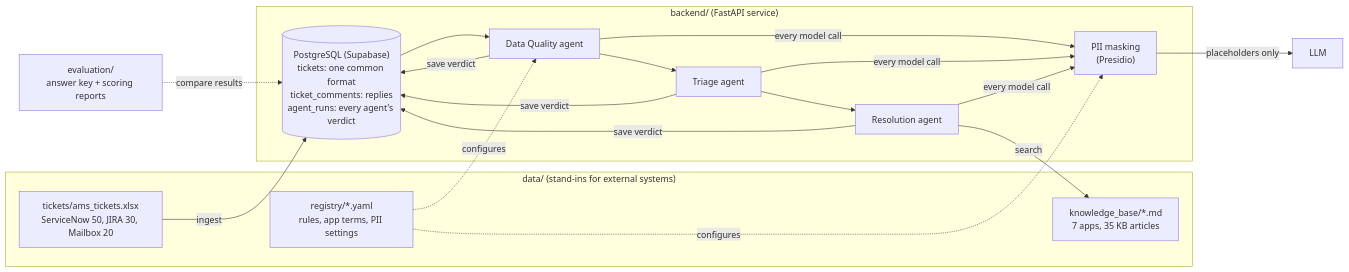
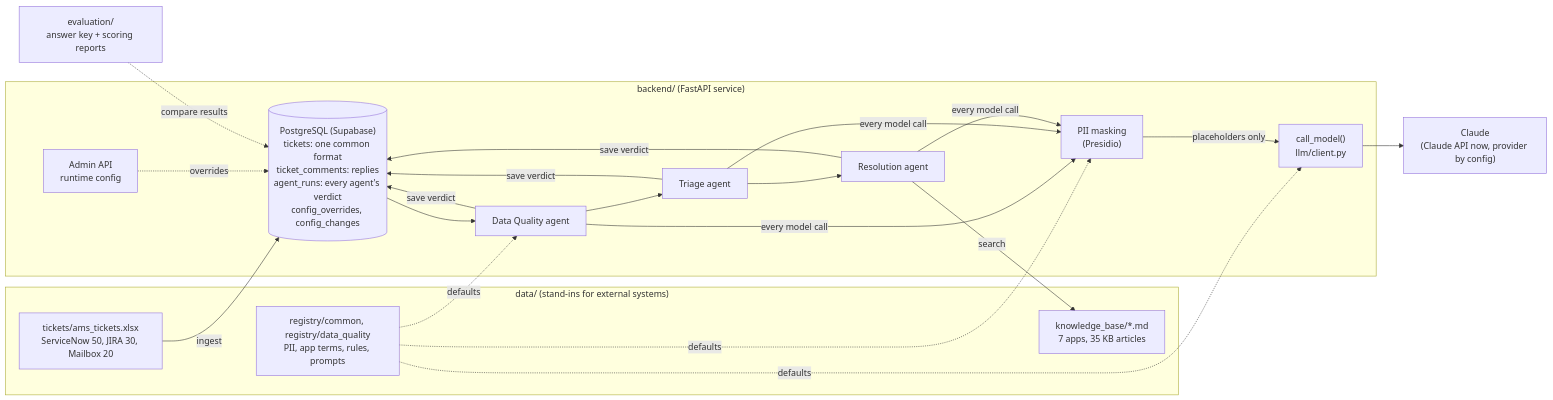
One commit to pranavpawar2103/asm-agentic-incident-management changed the diagram in README.md. Above: the diagram before and after it, drawn with Mermaid. The commit also changed other lines of this file and 62 other files, not shown here.

First line of the commit message:
Add LLM check, admin API and agent folders on top of dq-pii-masking-rules

````diff
--- a/README.md
+++ b/README.md
@@ -13,25 +13,28 @@
 ```mermaid
 flowchart LR
     subgraph data["data/ (stand-ins for external systems)"]
         tickets["tickets/ams_tickets.xlsx<br/>ServiceNow 50, JIRA 30, Mailbox 20"]
         kb["knowledge_base/*.md<br/>7 apps, 35 KB articles"]
-        registry["registry/*.yaml<br/>rules, app terms, PII settings"]
+        registry["registry/common, registry/data_quality<br/>PII, app terms, rules, prompts"]
     end
 
     subgraph backend["backend/ (FastAPI service)"]
-        db[("PostgreSQL (Supabase)<br/>tickets: one common format<br/>ticket_comments: replies<br/>agent_runs: every agent's verdict")]
+        db[("PostgreSQL (Supabase)<br/>tickets: one common format<br/>ticket_comments: replies<br/>agent_runs: every agent's verdict<br/>config_overrides, config_changes")]
         dq["Data Quality agent"] --> triage["Triage agent"] --> res["Resolution agent"]
         mask["PII masking<br/>(Presidio)"]
+        client["call_model()<br/>llm/client.py"]
+        admin["Admin API<br/>runtime config"]
     end
 
-    llm["LLM"]
+    llm["Claude<br/>(Claude API now, provider by config)"]
     eval["evaluation/<br/>answer key + scoring reports"]
 
     tickets -- ingest --> db
     db --> dq
-    registry -. configures .-> dq & mask
-    dq & triage & res -- every model call --> mask -- placeholders only --> llm
+    registry -. defaults .-> dq & mask & client
+    admin -. overrides .-> db
+    dq & triage & res -- every model call --> mask -- placeholders only --> client --> llm
     res -- search --> kb
     dq & triage & res -- save verdict --> db
     eval -. compare results .-> db
 ```
````
